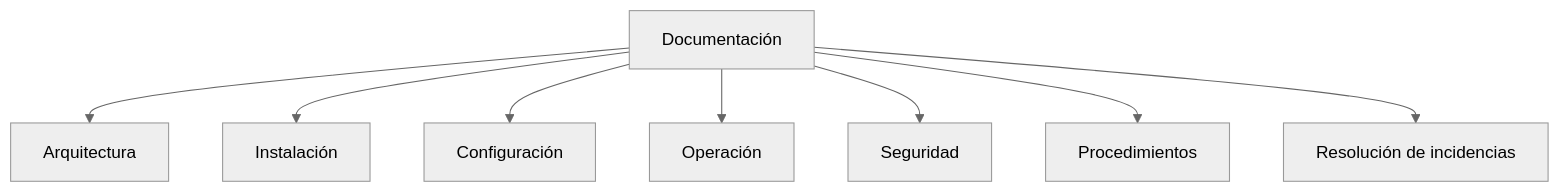
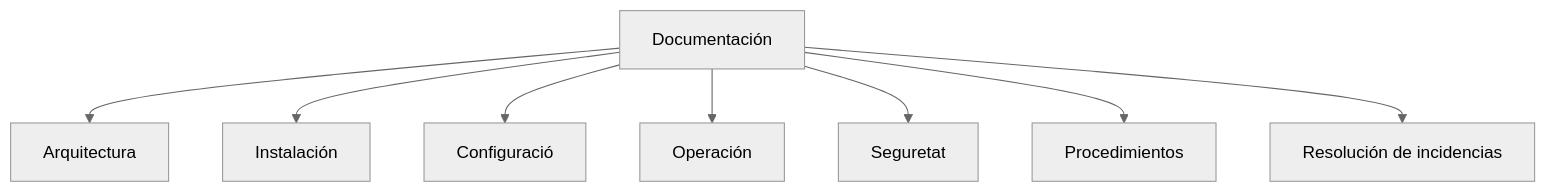
The first of 4 diagrams in docs/daw-daw/up3/08-administracion-documentacion.md (jordicido/jordicina), drawn with Mermaid (neutral theme) before and after one commit. The commit also changed other lines of this file and 10 other files, not shown here.

````diff
--- a/docs/daw-daw/up3/08-administracion-documentacion.md
+++ b/docs/daw-daw/up3/08-administracion-documentacion.md
@@ -58,10 +58,10 @@
 ```mermaid
 flowchart TD
     D["Documentación"] --> A["Arquitectura"]
     D --> I["Instalación"]
-    D --> C["Configuración"]
+    D --> C["Configuració"]
     D --> O["Operación"]
-    D --> S["Seguridad"]
+    D --> S["Seguretat"]
     D --> P["Procedimientos"]
     D --> R["Resolución de incidencias"]
 ```
````
